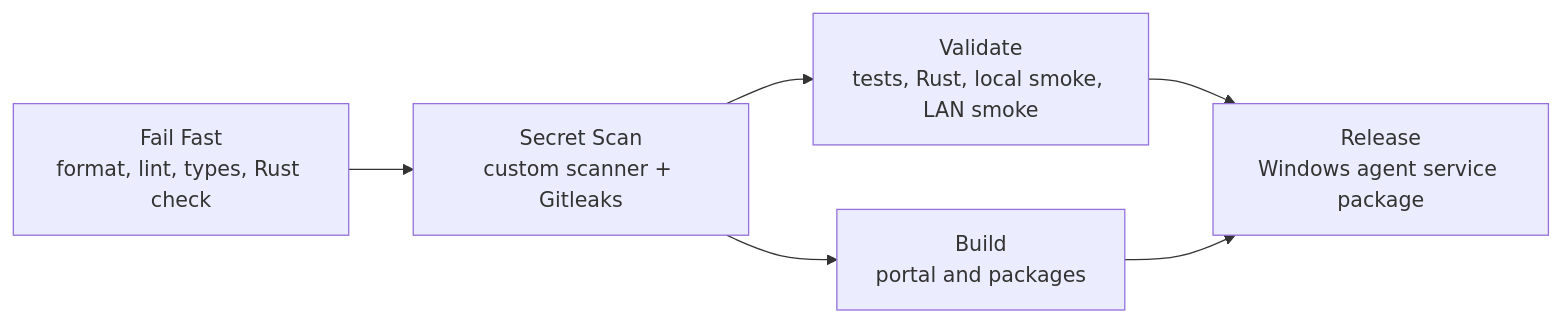
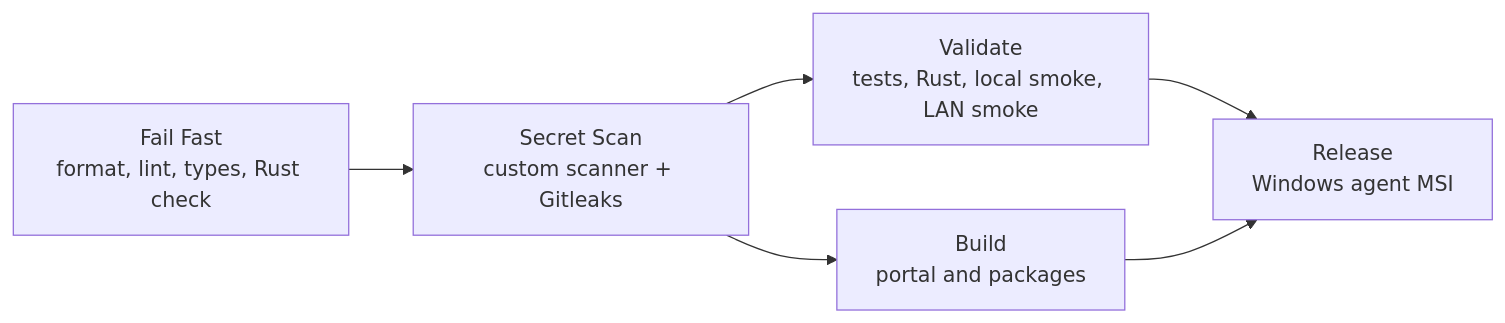
One commit to ocentra/OcentraParent changed the diagram in .github/workflows/README.md. Above: the diagram before and after it, drawn with Mermaid. The commit also changed other lines of this file and 13 other files, not shown here.

Commit message:
Add Windows MSI release packaging

````diff
--- a/.github/workflows/README.md
+++ b/.github/workflows/README.md
@@ -5,8 +5,8 @@
 ```mermaid
 graph LR
   FF["Fail Fast<br/>format, lint, types, Rust check"] --> SS["Secret Scan<br/>custom scanner + Gitleaks"]
   SS --> V["Validate<br/>tests, Rust, local smoke, LAN smoke"]
   SS --> B["Build<br/>portal and packages"]
-  V --> R["Release<br/>Windows agent service package"]
+  V --> R["Release<br/>Windows agent MSI"]
   B --> R
 ```
````
